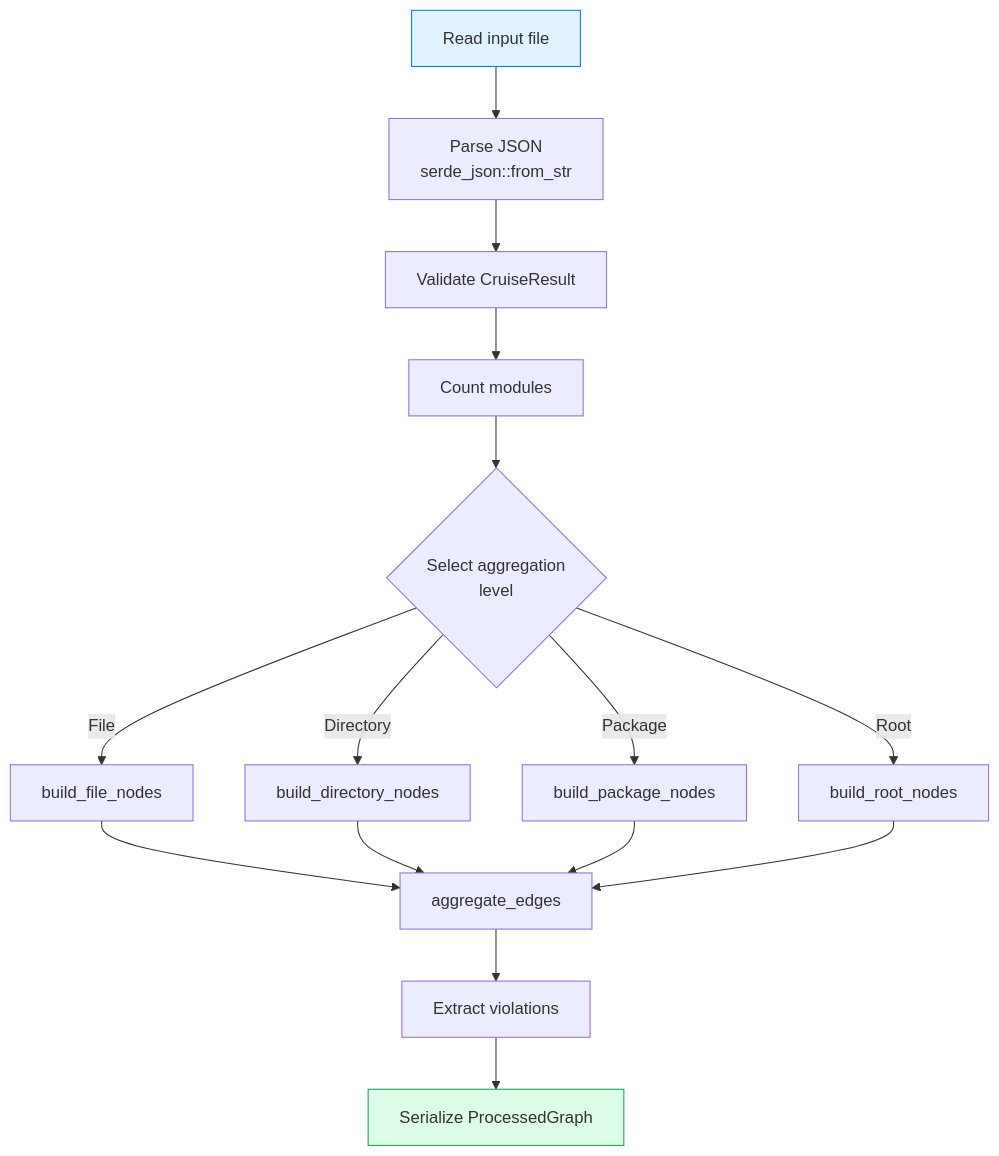
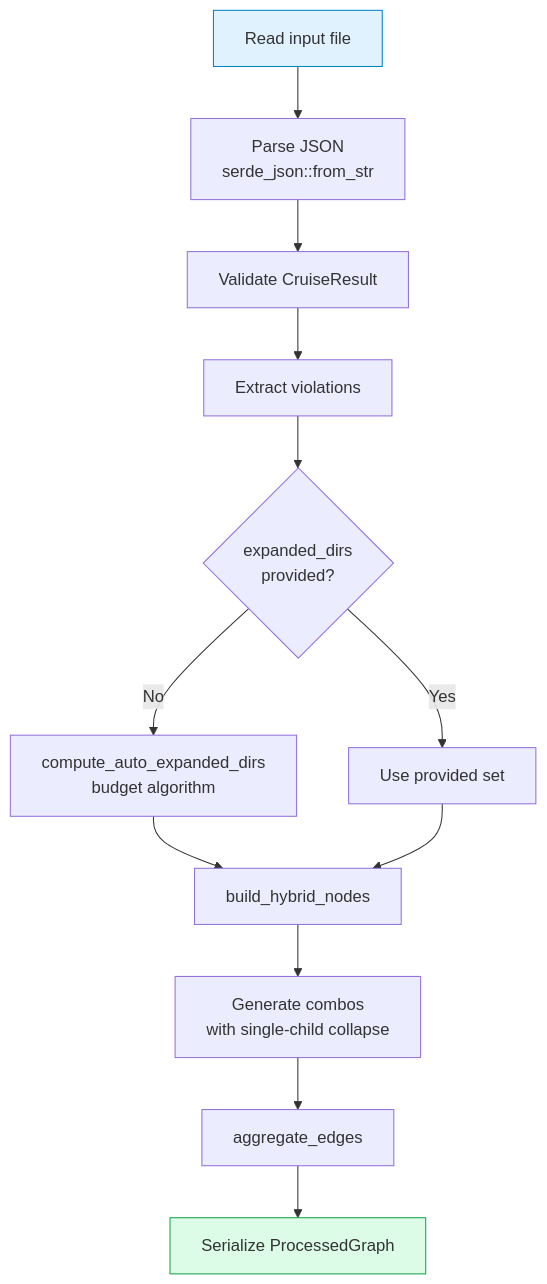
One commit to fisher-89/dependency-cruiser-reporter changed the second of 2 diagrams in docs/packages/rust.md. Above: the diagram before and after it, drawn with Mermaid. The commit also changed other lines of this file and 12 other files, not shown here.

First line of the commit message:
docs: sync documentation with hybrid aggregation changes

````diff
--- a/docs/packages/rust.md
+++ b/docs/packages/rust.md
@@ -100,22 +105,18 @@
 ```mermaid
 flowchart TB
     Input[Read input file] --> Parse[Parse JSON\nserde_json::from_str]
     Parse --> Validate[Validate CruiseResult]
-    Validate --> Count[Count modules]
-    Count --> Select{Select aggregation\nlevel}
-    Select -->|File| FileBuild[build_file_nodes]
-    Select -->|Directory| DirBuild[build_directory_nodes]
-    Select -->|Package| PkgBuild[build_package_nodes]
-    Select -->|Root| RootBuild[build_root_nodes]
+    Validate --> Violations[Extract violations]
+    Violations --> ComputeExpanded{expanded_dirs\nprovided?}
+    ComputeExpanded -->|No| AutoExpand[compute_auto_expanded_dirs\nbudget algorithm]
+    ComputeExpanded -->|Yes| UseProvided[Use provided set]
+    AutoExpand --> BuildHybrid[build_hybrid_nodes]
+    UseProvided --> BuildHybrid
 
-    FileBuild --> EdgeProc[aggregate_edges]
-    DirBuild --> EdgeProc
-    PkgBuild --> EdgeProc
-    RootBuild --> EdgeProc
-
-    EdgeProc --> Violations[Extract violations]
-    Violations --> Output[Serialize ProcessedGraph]
+    BuildHybrid --> Combos[Generate combos\nwith single-child collapse]
+    Combos --> EdgeProc[aggregate_edges]
+    EdgeProc --> Output[Serialize ProcessedGraph]
 
     style Input fill:#e0f2fe,stroke:#0284c7
     style Output fill:#dcfce7,stroke:#16a34a
 ```
````
